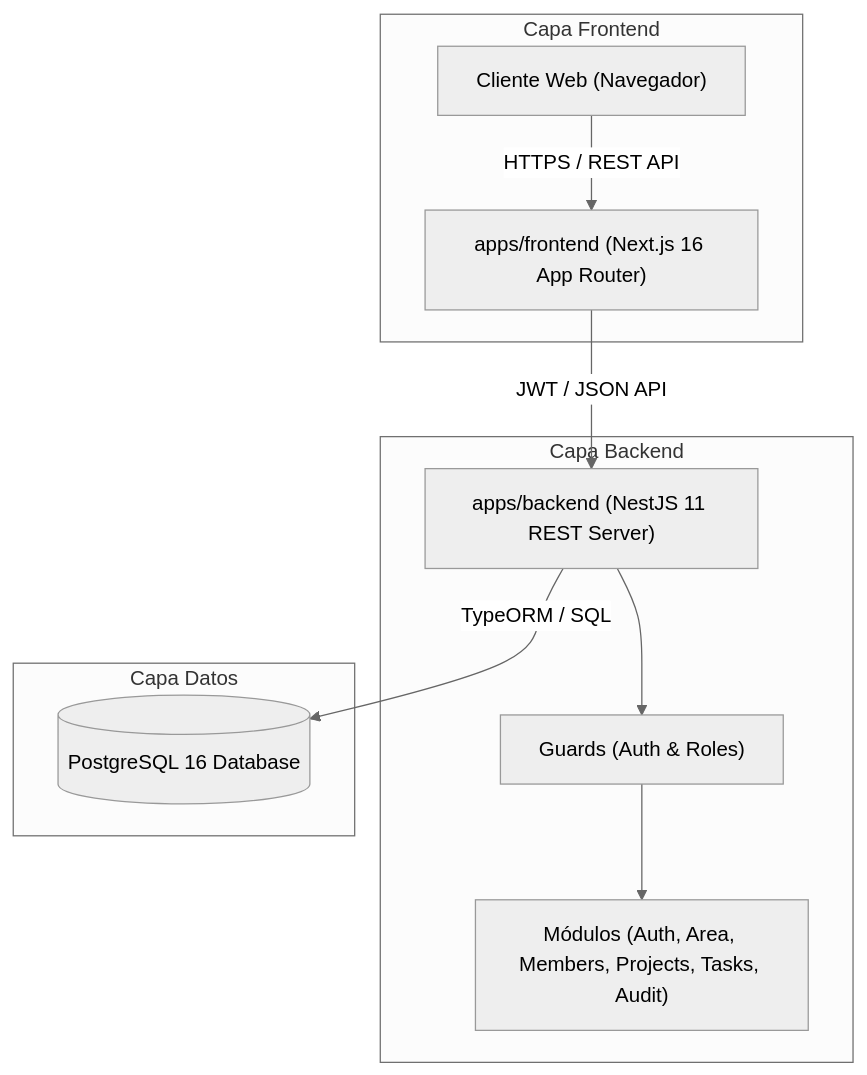
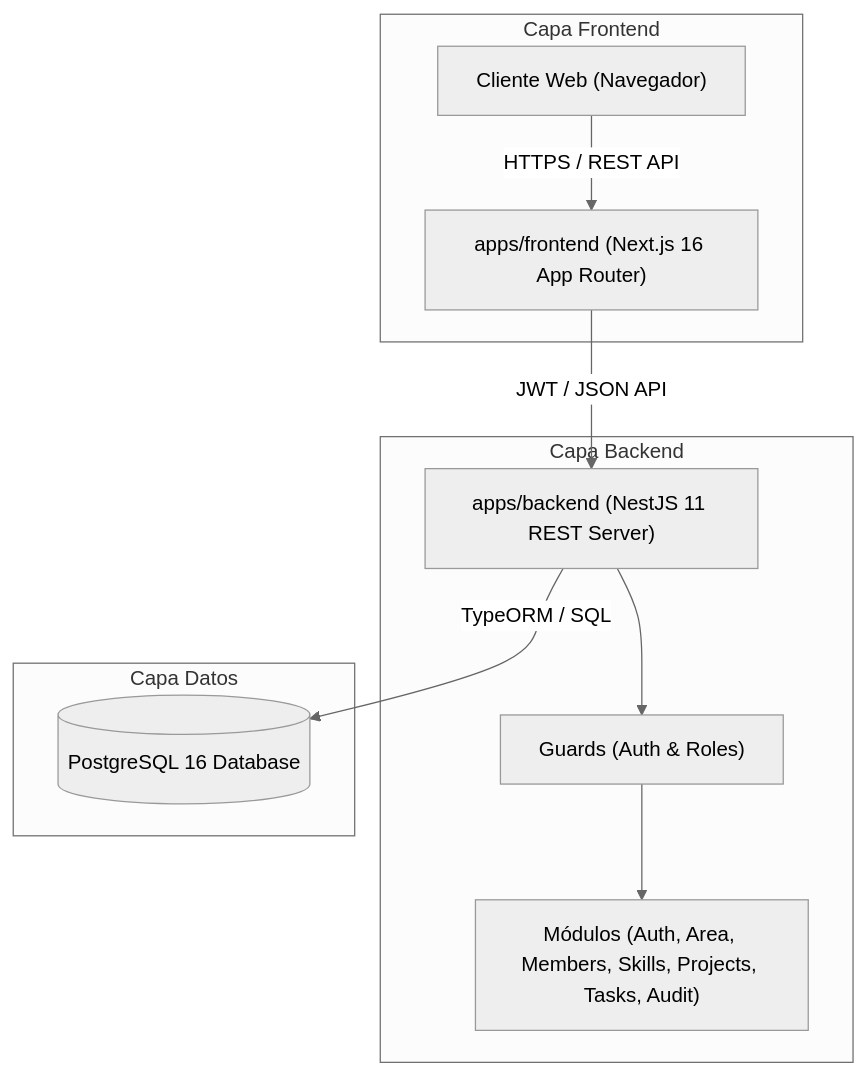
The first of 3 diagrams in docs/arquitectura.md (ccUnicode/UNICORE), drawn with Mermaid (neutral theme) before and after one commit. The commit also changed other lines of this file and 1 other file, not shown here.

````diff
--- a/docs/arquitectura.md
+++ b/docs/arquitectura.md
@@ -11,23 +11,23 @@
 ```mermaid
 graph TD
     Client["Cliente Web (Navegador)"] -->|HTTPS / REST API| Frontend["apps/frontend (Next.js 16 App Router)"]
     Frontend -->|JWT / JSON API| Backend["apps/backend (NestJS 11 REST Server)"]
     Backend -->|TypeORM / SQL| DB[("PostgreSQL 16 Database")]
 
     subgraph Capa Frontend
         Frontend
         Client
     end
 
     subgraph Capa Backend
         Backend
         Guards["Guards (Auth & Roles)"]
-        Modules["Módulos (Auth, Area, Members, Projects, Tasks, Audit)"]
+        Modules["Módulos (Auth, Area, Members, Skills, Projects, Tasks, Audit)"]
         Backend --> Guards
         Guards --> Modules
     end
 
     subgraph Capa Datos
         DB
     end
 ```
````
